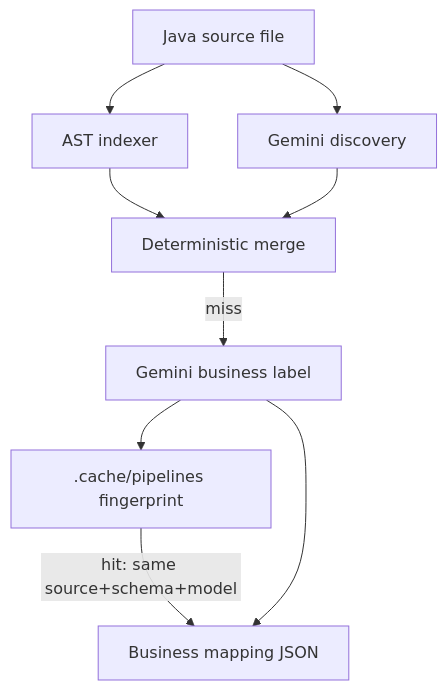
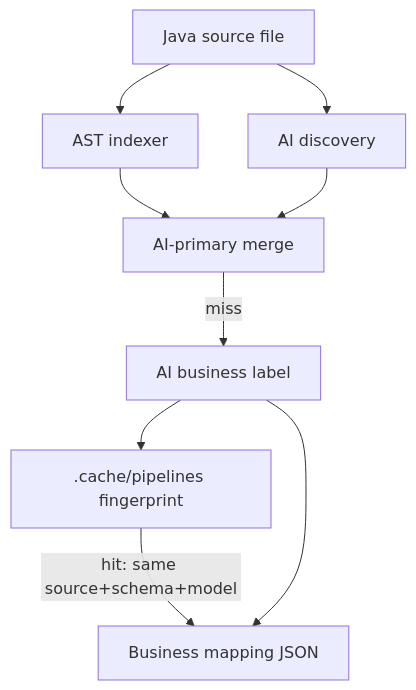
Before and after one commit to shantanunp/kodiak-agent: the diagram in README.md, drawn with Mermaid. The commit also changed other lines of this file and 18 other files, not shown here.

````diff
--- a/README.md
+++ b/README.md
@@ -58,19 +58,19 @@
 ```mermaid
 flowchart TD
   src[Java source file]
   ast[AST indexer]
-  aiDisc[Gemini discovery]
-  merge[Deterministic merge]
-  label[Gemini business label]
+  aiDisc[AI discovery]
+  merge[AI-primary merge]
+  label[AI business label]
   cache[".cache/pipelines fingerprint"]
   out[Business mapping JSON]
 
   src --> ast
   src --> aiDisc
   ast --> merge
   aiDisc --> merge
   cache -->|"hit: same source+schema+model"| out
   merge -->|"miss"| label
   label --> cache
   label --> out
 ```
````
